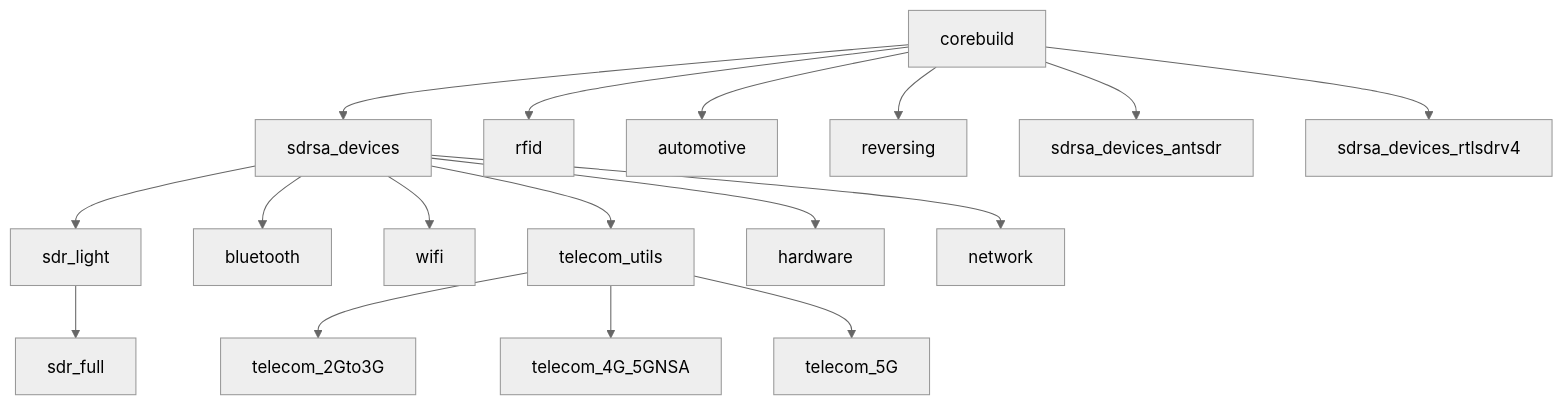
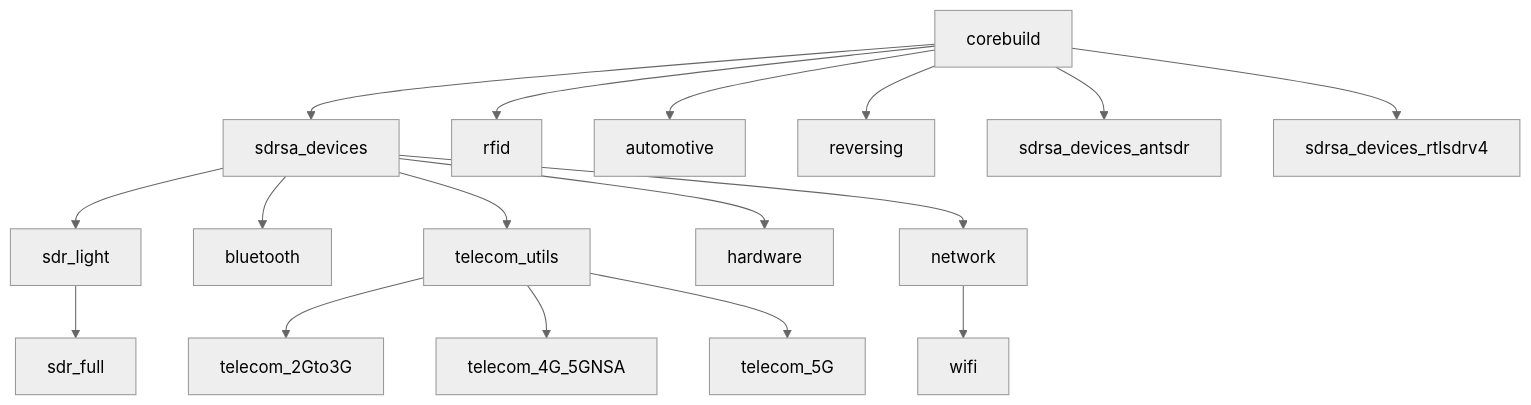
Before and after one commit to PentHertz/rfswift-doc-v2: the diagram in content/docs/guide/list-of-tools.md, drawn with Mermaid (neutral theme).

Commit message:
Updating hierarchy for wifi

````diff
--- a/content/docs/guide/list-of-tools.md
+++ b/content/docs/guide/list-of-tools.md
@@ -22,19 +22,19 @@
 ```mermaid
 graph TD;
     A[corebuild]-->B[sdrsa_devices];
     A-->C[rfid];
     A-->D[automotive];
     A-->E[reversing];
     A-->F[sdrsa_devices_antsdr];
     A-->G[sdrsa_devices_rtlsdrv4];
     B[sdrsa_devices]-->H[sdr_light];
     B[sdrsa_devices]-->I[bluetooth];
-    B[sdrsa_devices]-->J[wifi];
     B[sdrsa_devices]-->L[telecom_utils];
     B[sdrsa_devices]-->R[hardware];
     B[sdrsa_devices]-->S[network];
+    S[network]-->J[wifi];
     L-->M[telecom_2Gto3G];
     L-->N[telecom_4G_5GNSA];
     L-->O[telecom_5G];
     H-->K[sdr_full]
 ```
````
